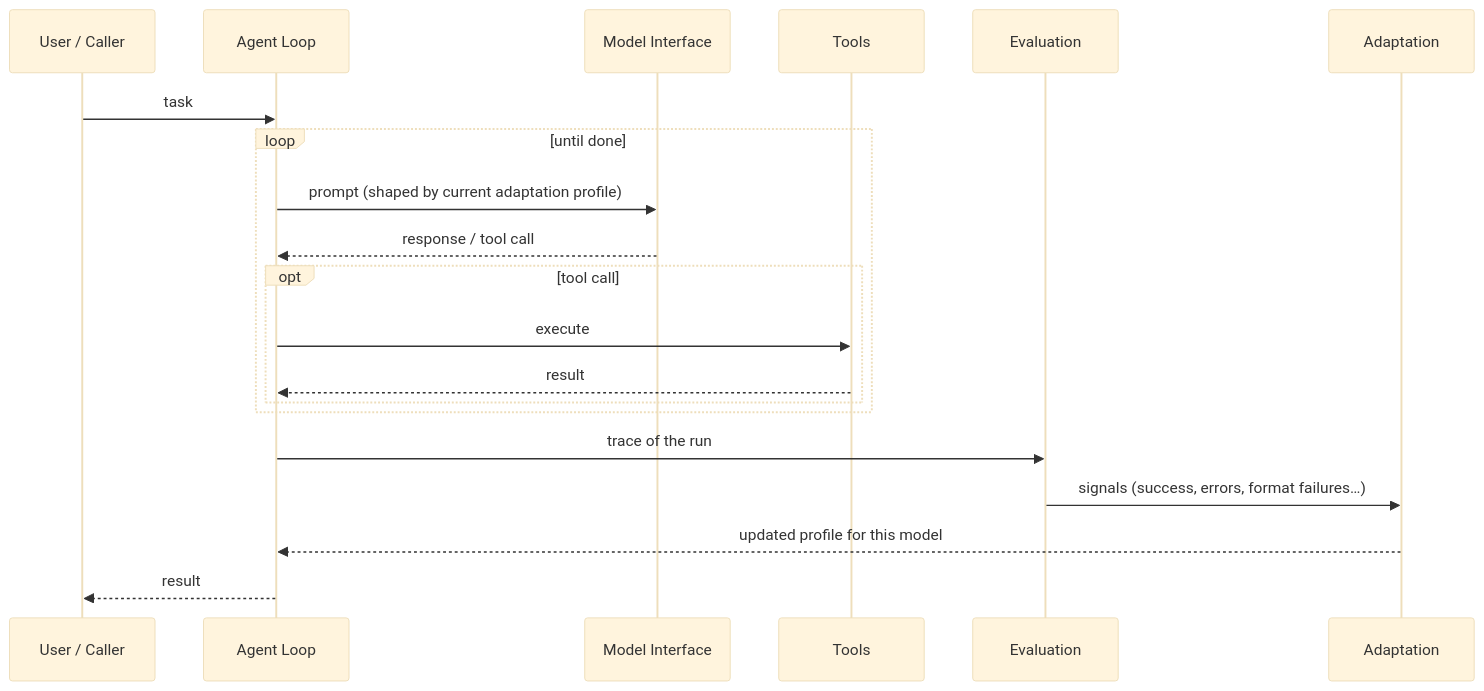
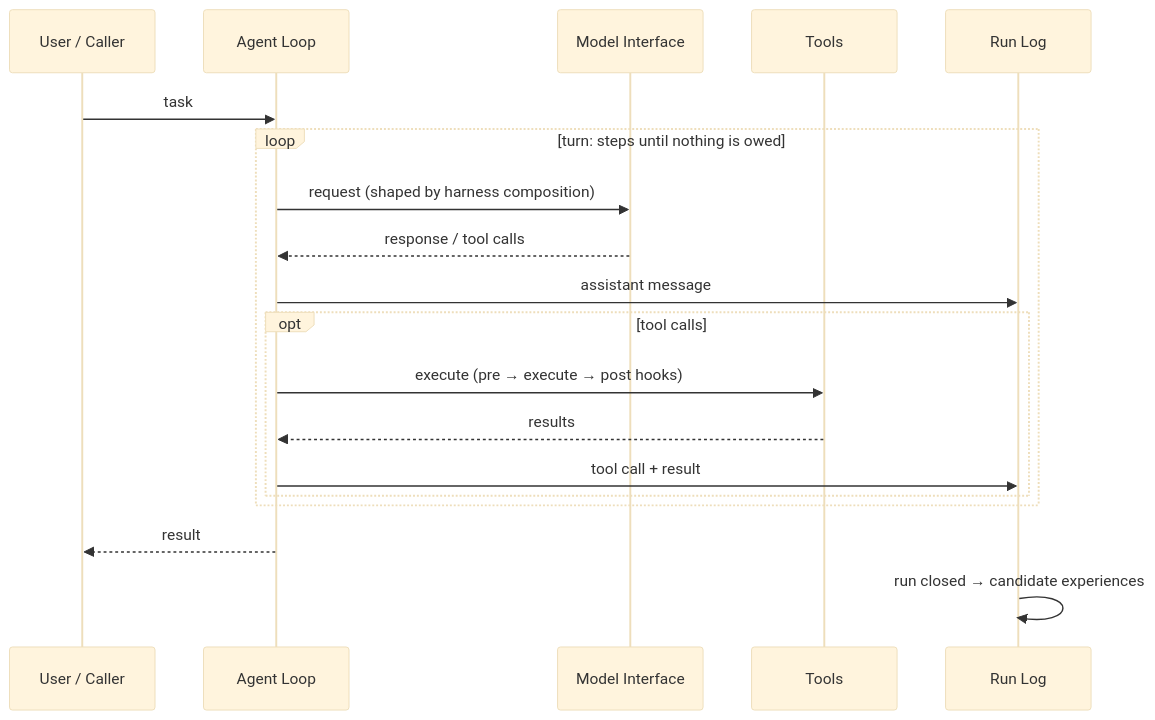
One commit to LS-Stray-Synapses/Axol changed the second of 2 diagrams in docs/Architecture/Overview.md. Above: the diagram before and after it, drawn with Mermaid (base theme). The commit also changed other lines of this file and 11 other files, not shown here.

First line of the commit message:
Design: three-layer architecture (Harness Runtime, Harness Forge, Model Forge) and Experience Store

````diff
--- a/docs/Architecture/Overview.md
+++ b/docs/Architecture/Overview.md
@@ -31,22 +62,21 @@
 ```mermaid
 sequenceDiagram
     participant U as User / Caller
     participant L as Agent Loop
     participant M as Model Interface
     participant T as Tools
-    participant E as Evaluation
-    participant A as Adaptation
+    participant Log as Run Log
     U->>L: task
-    loop until done
-        L->>M: prompt (shaped by current adaptation profile)
-        M-->>L: response / tool call
-        opt tool call
-            L->>T: execute
-            T-->>L: result
+    loop turn: steps until nothing is owed
+        L->>M: request (shaped by harness composition)
+        M-->>L: response / tool calls
+        L->>Log: assistant message
+        opt tool calls
+            L->>T: execute (pre → execute → post hooks)
+            T-->>L: results
+            L->>Log: tool call + result
         end
     end
-    L->>E: trace of the run
-    E->>A: signals (success, errors, format failures…)
-    A-->>L: updated profile for this model
     L-->>U: result
+    Log->>Log: run closed → candidate experiences
 ```
````
